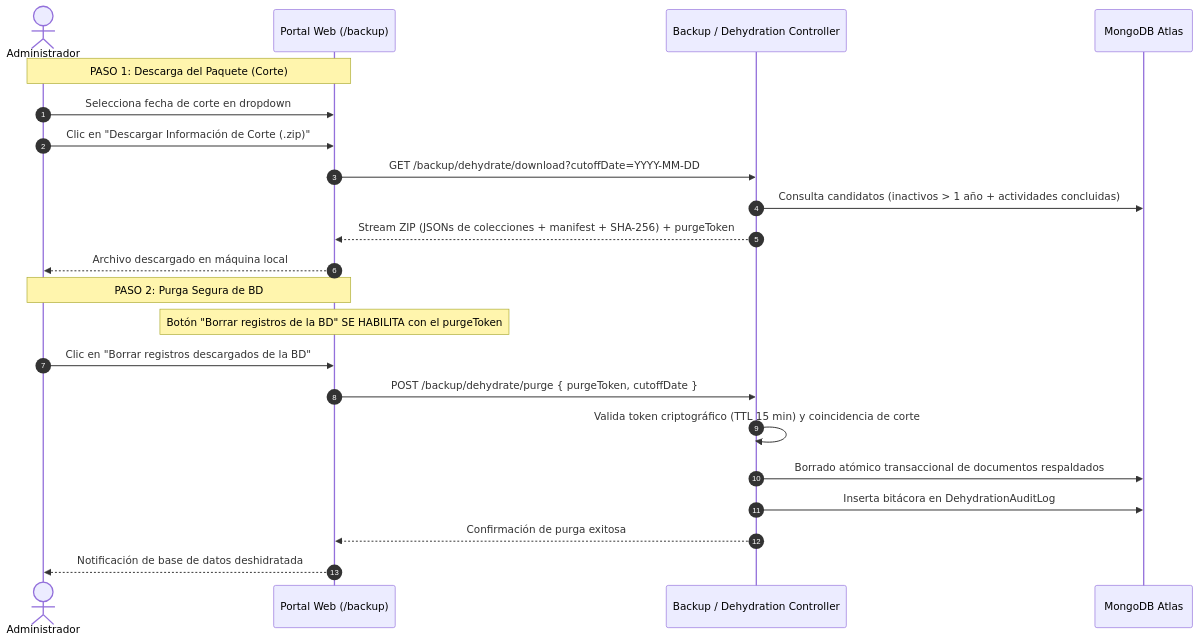
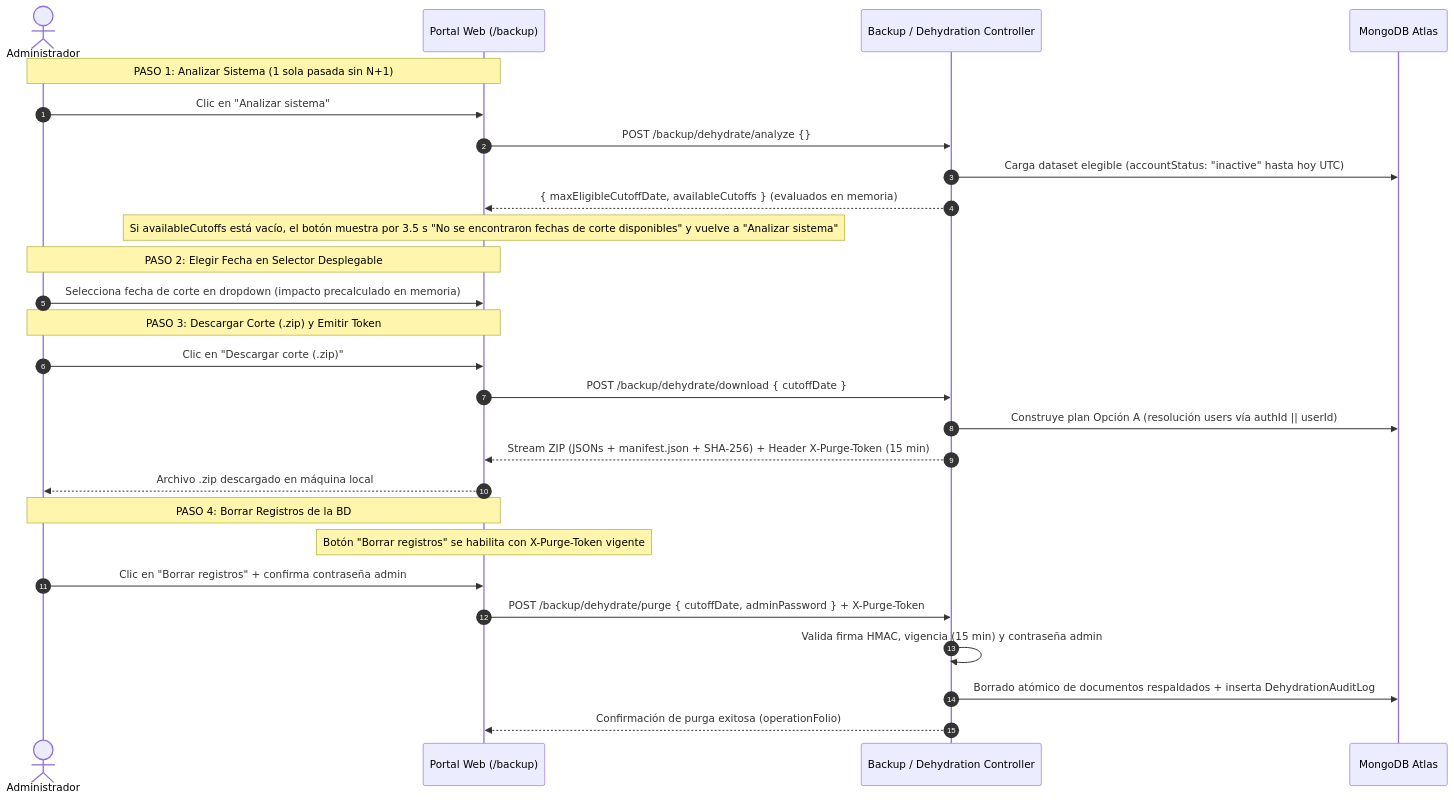
The fourth of 14 diagrams in docs/technical/ciclo-vida-voluntarios-deshidratacion-design.md (proyecto-web-abaq/documentation), drawn with Mermaid before and after one commit. The commit also changed other lines of this file and 4 other files, not shown here.

Commit message:
docs(technical): document dynamic backup registry, 4-step cutoff flow, and immediate inactive eligibility without background cron

````diff
--- a/docs/technical/ciclo-vida-voluntarios-deshidratacion-design.md
+++ b/docs/technical/ciclo-vida-voluntarios-deshidratacion-design.md
@@ -221,26 +210,33 @@
 ```mermaid
 sequenceDiagram
     autonumber
     actor Admin as Administrador
     participant UI as Portal Web (/backup)
     participant API as Backup / Dehydration Controller
     participant DB as MongoDB Atlas
 
-    Note over Admin,UI: PASO 1: Descarga del Paquete (Corte)
-    Admin->>UI: Selecciona fecha de corte en dropdown
-    Admin->>UI: Clic en "Descargar Información de Corte (.zip)"
-    UI->>API: GET /backup/dehydrate/download?cutoffDate=YYYY-MM-DD
-    API->>DB: Consulta candidatos (inactivos > 1 año + actividades concluidas)
-    API-->>UI: Stream ZIP (JSONs de colecciones + manifest + SHA-256) + purgeToken
-    UI-->>Admin: Archivo descargado en máquina local
+    Note over Admin,UI: PASO 1: Analizar Sistema (1 sola pasada sin N+1)
+    Admin->>UI: Clic en "Analizar sistema"
+    UI->>API: POST /backup/dehydrate/analyze {}
+    API->>DB: Carga dataset elegible (accountStatus: "inactive" hasta hoy UTC)
+    API-->>UI: { maxEligibleCutoffDate, availableCutoffs } (evaluados en memoria)
+    Note over UI: Si availableCutoffs está vacío, el botón muestra por 3.5 s "No se encontraron fechas de corte disponibles" y vuelve a "Analizar sistema"
 
-    Note over Admin,UI: PASO 2: Purga Segura de BD
-    Note over UI: Botón "Borrar registros de la BD" SE HABILITA con el purgeToken
-    Admin->>UI: Clic en "Borrar registros descargados de la BD"
-    UI->>API: POST /backup/dehydrate/purge { purgeToken, cutoffDate }
-    API->>API: Valida token criptográfico (TTL 15 min) y coincidencia de corte
-    API->>DB: Borrado atómico transaccional de documentos respaldados
-    API->>DB: Inserta bitácora en DehydrationAuditLog
-    API-->>UI: Confirmación de purga exitosa
-    UI-->>Admin: Notificación de base de datos deshidratada
+    Note over Admin,UI: PASO 2: Elegir Fecha en Selector Desplegable
+    Admin->>UI: Selecciona fecha de corte en dropdown (impacto precalculado en memoria)
+
+    Note over Admin,UI: PASO 3: Descargar Corte (.zip) y Emitir Token
+    Admin->>UI: Clic en "Descargar corte (.zip)"
+    UI->>API: POST /backup/dehydrate/download { cutoffDate }
+    API->>DB: Construye plan Opción A (resolución users vía authId || userId)
+    API-->>UI: Stream ZIP (JSONs + manifest.json + SHA-256) + Header X-Purge-Token (15 min)
+    UI-->>Admin: Archivo .zip descargado en máquina local
+
+    Note over Admin,UI: PASO 4: Borrar Registros de la BD
+    Note over UI: Botón "Borrar registros" se habilita con X-Purge-Token vigente
+    Admin->>UI: Clic en "Borrar registros" + confirma contraseña admin
+    UI->>API: POST /backup/dehydrate/purge { cutoffDate, adminPassword } + X-Purge-Token
+    API->>API: Valida firma HMAC, vigencia (15 min) y contraseña admin
+    API->>DB: Borrado atómico de documentos respaldados + inserta DehydrationAuditLog
+    API-->>UI: Confirmación de purga exitosa (operationFolio)
 ```
````
